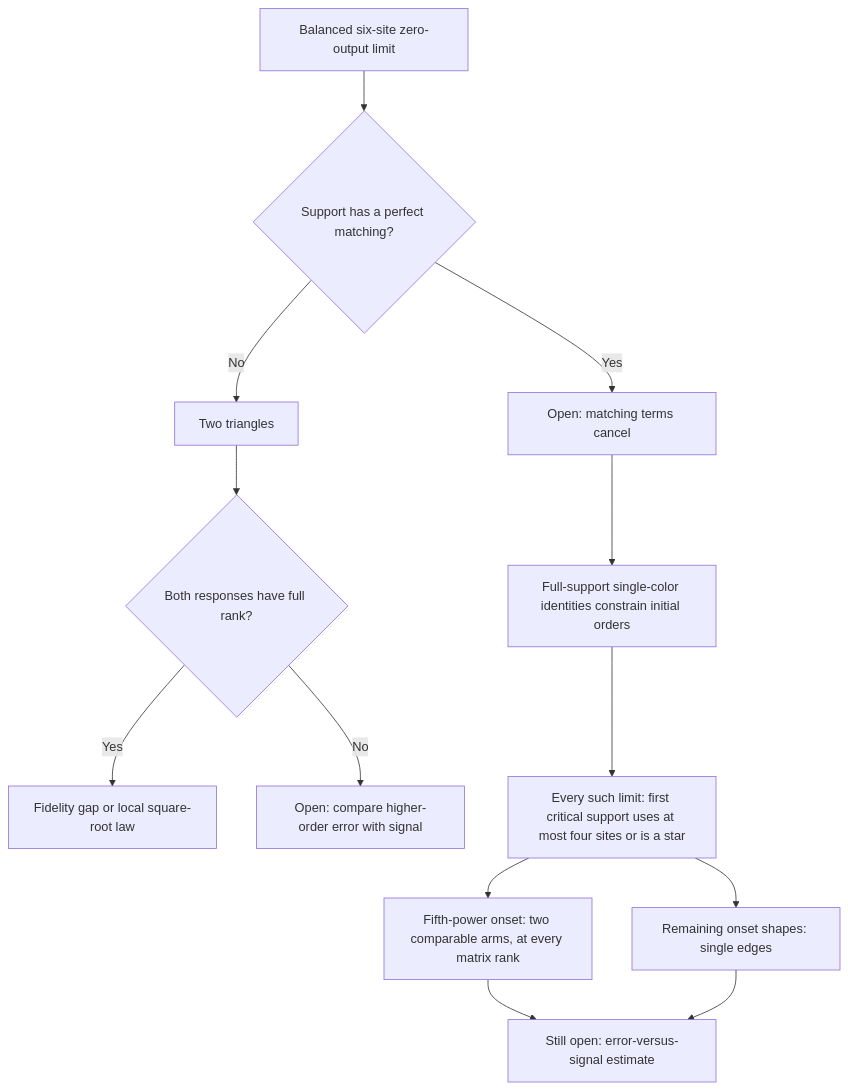
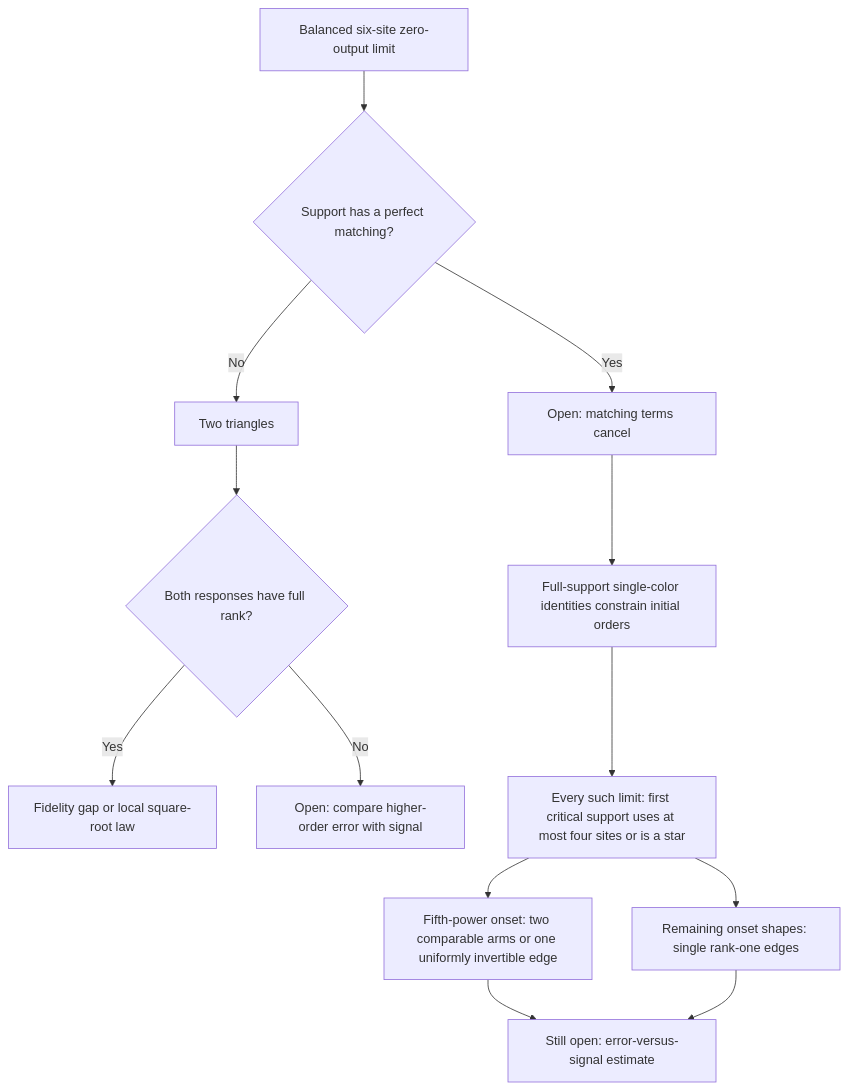
One commit to rrajasek95/krenn-conjecture changed the diagram in research/ghz-rates/README.md. Above: the diagram before and after it, drawn with Mermaid. The commit also changed other lines of this file and 10 other files, not shown here.

Commit message:
Prove GHZ onset from one invertible edge using a sharp tangent-plane gap

```diff
--- a/research/ghz-rates/README.md
+++ b/research/ghz-rates/README.md
@@ -52,15 +53,15 @@
 ~~~mermaid
 flowchart TD
     A["Balanced six-site zero-output limit"] --> B{"Support has a perfect matching?"}
     B -->|No| C["Two triangles"]
     C --> D{"Both responses have full rank?"}
     D -->|Yes| E["Fidelity gap or local square-root law"]
     D -->|No| F["Open: compare higher-order error with signal"]
     B -->|Yes| G["Open: matching terms cancel"]
     G --> H["Full-support single-color identities constrain initial orders"]
     H --> I["Every such limit: first critical support uses at most four sites or is a star"]
-    I --> J["Fifth-power onset: two comparable arms, at every matrix rank"]
-    I --> K["Remaining onset shapes: single edges"]
+    I --> J["Fifth-power onset: two comparable arms or one uniformly invertible edge"]
+    I --> K["Remaining onset shapes: single rank-one edges"]
     J --> L["Still open: error-versus-signal estimate"]
     K --> L
 ~~~
```
